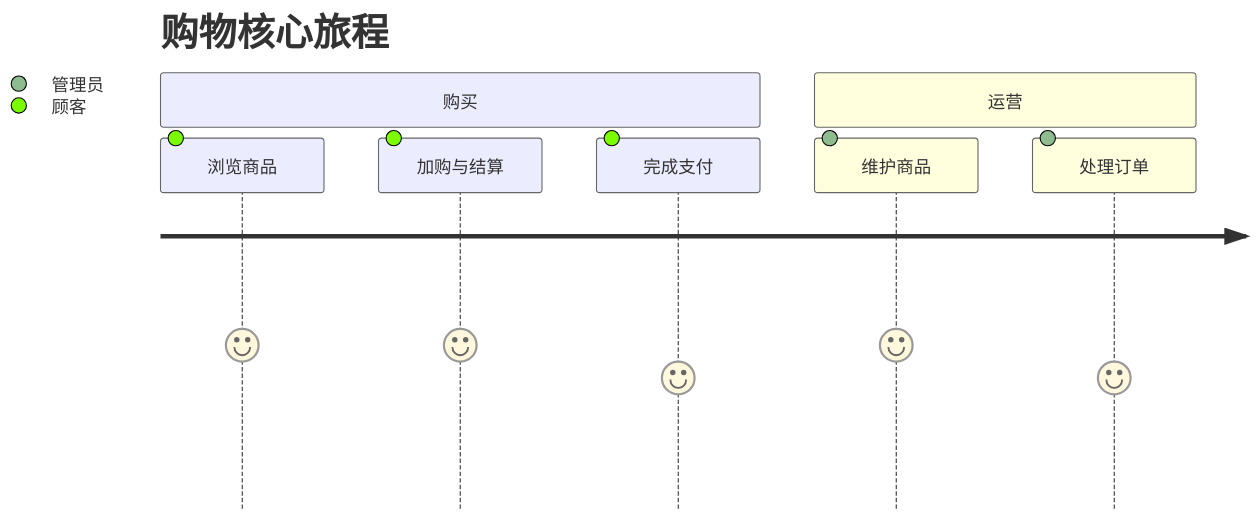
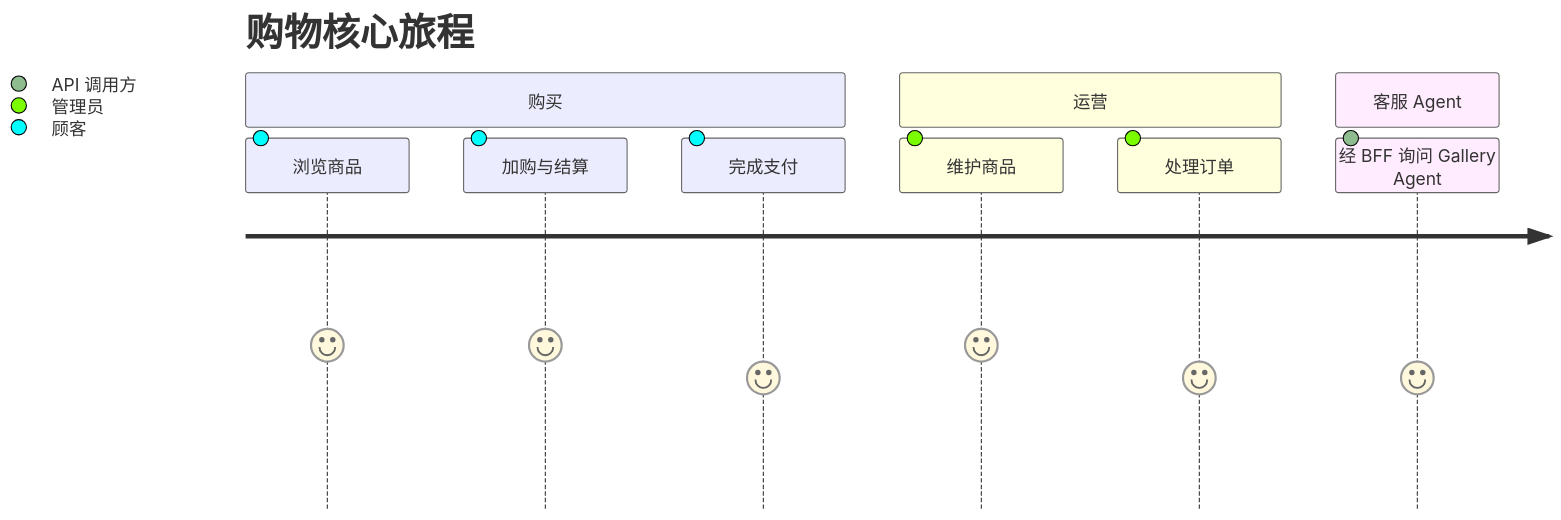
The diagram in docs/product-owner/User-Story-Map.md (felixzhu97/explore-commerce), drawn with Mermaid before and after one commit. The commit also changed other lines of this file and 1 other file, not shown here.

First line of the commit message:
Promote Commerce Agent BFF into the story map backbone (#42)

````diff
--- a/docs/product-owner/User-Story-Map.md
+++ b/docs/product-owner/User-Story-Map.md
@@ -19,11 +20,13 @@
 ```mermaid
 journey
     title 购物核心旅程
     section 购买
         浏览商品: 5: 顾客
         加购与结算: 5: 顾客
         完成支付: 4: 顾客
     section 运营
         维护商品: 5: 管理员
         处理订单: 4: 管理员
+    section 客服 Agent
+        经 BFF 询问 Gallery Agent: 4: API 调用方
 ```
````
